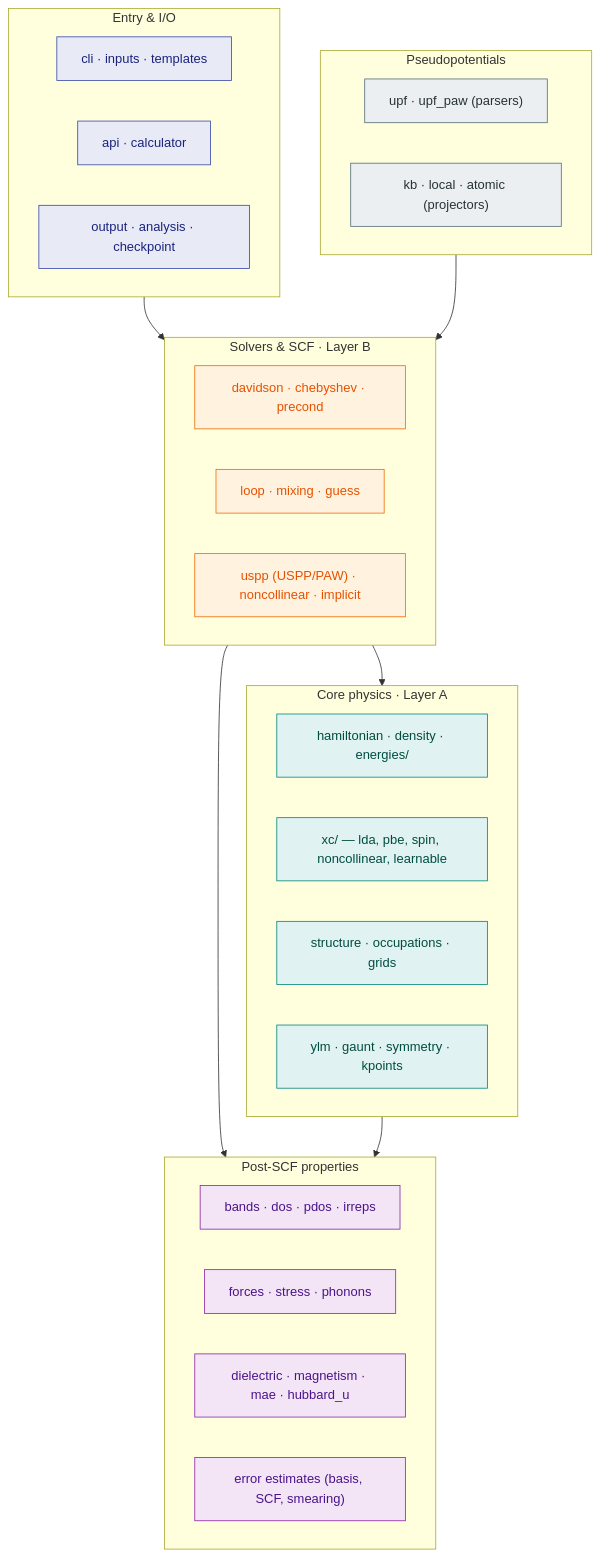
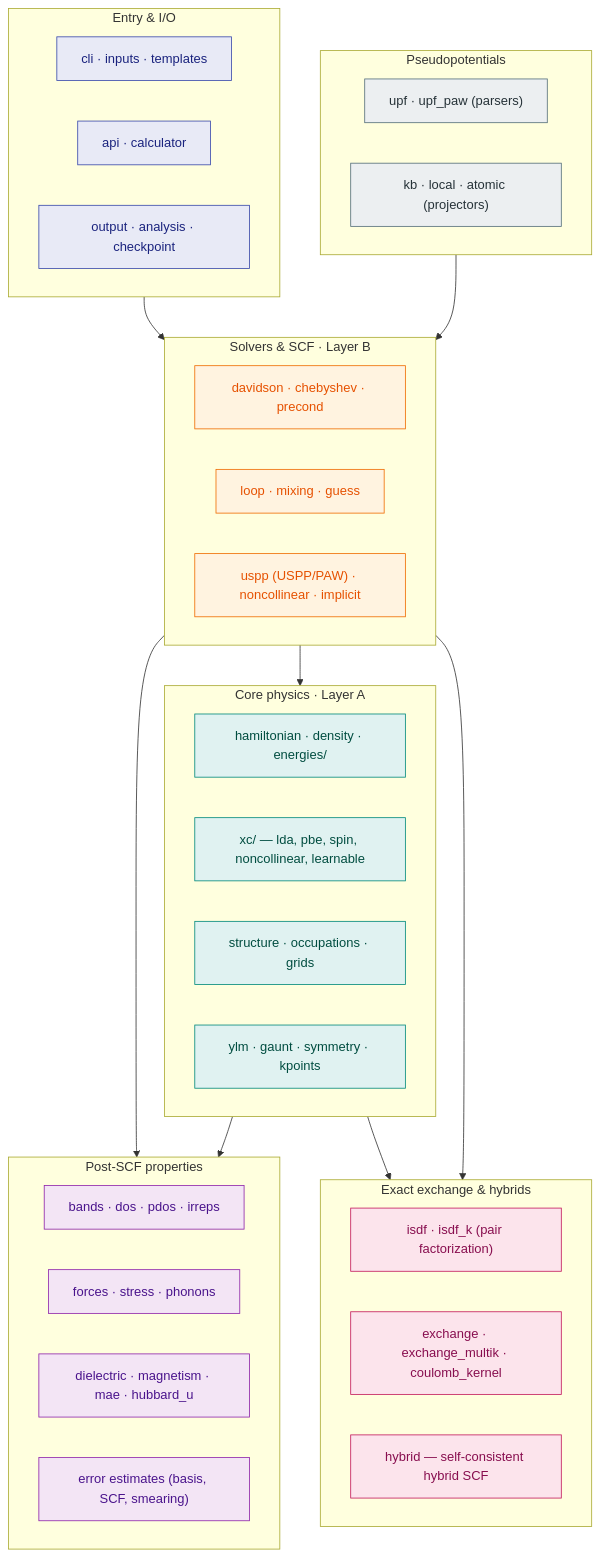
Before and after one commit to wladerer/gradwave: the second of 4 diagrams in docs/manual/architecture.md, drawn with Mermaid. The commit also changed other lines of this file, not shown here.

First line of the commit message:
docs(architecture): cover the merged exact-exchange / hybrid subsystem

````diff
--- a/docs/manual/architecture.md
+++ b/docs/manual/architecture.md
@@ -76,55 +76,66 @@
 ```mermaid
 flowchart TB
     subgraph io["Entry & I/O"]
         direction LR
         i1["cli · inputs · templates"]
         i2["api · calculator"]
         i3["output · analysis · checkpoint"]
     end
 
     subgraph phys["Core physics · Layer A"]
         direction LR
         p1["hamiltonian · density · energies/"]
         p2["xc/ — lda, pbe, spin, noncollinear, learnable"]
         p3["structure · occupations · grids"]
         p4["ylm · gaunt · symmetry · kpoints"]
     end
 
     subgraph pp["Pseudopotentials"]
         direction LR
         pp1["upf · upf_paw (parsers)"]
         pp2["kb · local · atomic (projectors)"]
     end
 
     subgraph solve["Solvers & SCF · Layer B"]
         direction LR
         s1["davidson · chebyshev · precond"]
         s2["loop · mixing · guess"]
         s3["uspp (USPP/PAW) · noncollinear · implicit"]
     end
 
     subgraph props["Post-SCF properties"]
         direction LR
         r1["bands · dos · pdos · irreps"]
         r2["forces · stress · phonons"]
         r3["dielectric · magnetism · mae · hubbard_u"]
         r4["error estimates (basis, SCF, smearing)"]
     end
 
+    subgraph hyb["Exact exchange & hybrids"]
+        direction LR
+        h1["isdf · isdf_k (pair factorization)"]
+        h2["exchange · exchange_multik · coulomb_kernel"]
+        h3["hybrid — self-consistent hybrid SCF"]
+    end
+
     io --> solve
     pp --> solve
     solve --> phys
     solve --> props
     phys --> props
+    phys --> hyb
+    solve --> hyb
 
     classDef ioc fill:#e8eaf6,stroke:#3949ab,color:#1a237e;
     classDef physc fill:#e0f2f1,stroke:#00897b,color:#004d40;
     classDef ppc fill:#eceff1,stroke:#546e7a,color:#263238;
     classDef solvec fill:#fff3e0,stroke:#ef6c00,color:#e65100;
     classDef propsc fill:#f3e5f5,stroke:#8e24aa,color:#4a148c;
+    classDef hybc fill:#fce4ec,stroke:#c2185b,color:#880e4f;
     class i1,i2,i3 ioc;
     class p1,p2,p3,p4 physc;
     class pp1,pp2 ppc;
     class s1,s2,s3 solvec;
     class r1,r2,r3,r4 propsc;
+    class h1,h2,h3 hybc;
 ```
````
